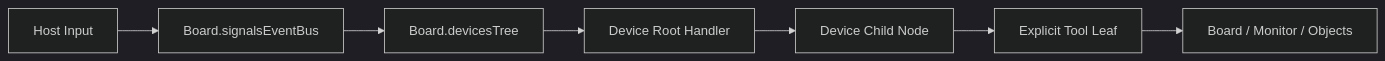
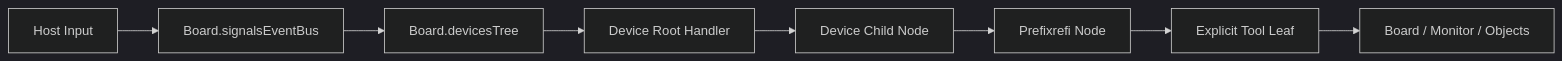
The diagram in src/core/docs/core-input-flow.md (Frank-Steven/HoundWhiteboard), drawn with Mermaid (dark theme) before and after one commit. The commit also changed other lines of this file and 24 other files, not shown here.

First line of the commit message:
feat(prefix-node): 添加修饰节点以压缩设备树上节点的状态

````diff
--- a/src/core/docs/core-input-flow.md
+++ b/src/core/docs/core-input-flow.md
@@ -17,9 +18,10 @@
 ```mermaid
 flowchart LR
     Host[Host Input] --> Bus[Board.signalsEventBus]
     Bus --> Tree[Board.devicesTree]
     Tree --> Device[Device Root Handler]
     Device --> Node[Device Child Node]
-    Node --> Tool[Explicit Tool Leaf]
+    Node --> Prefix[Prefixrefi Node]
+    Prefix --> Tool[Explicit Tool Leaf]
     Tool --> BoardState[Board / Monitor / Objects]
 ```
````
